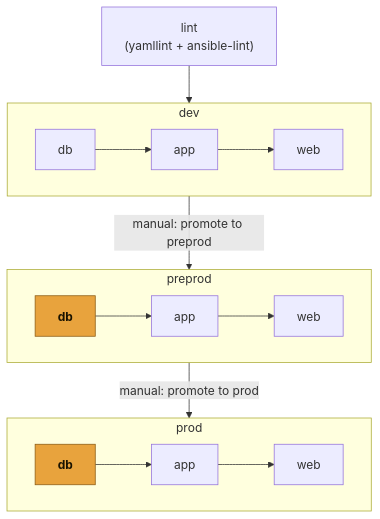
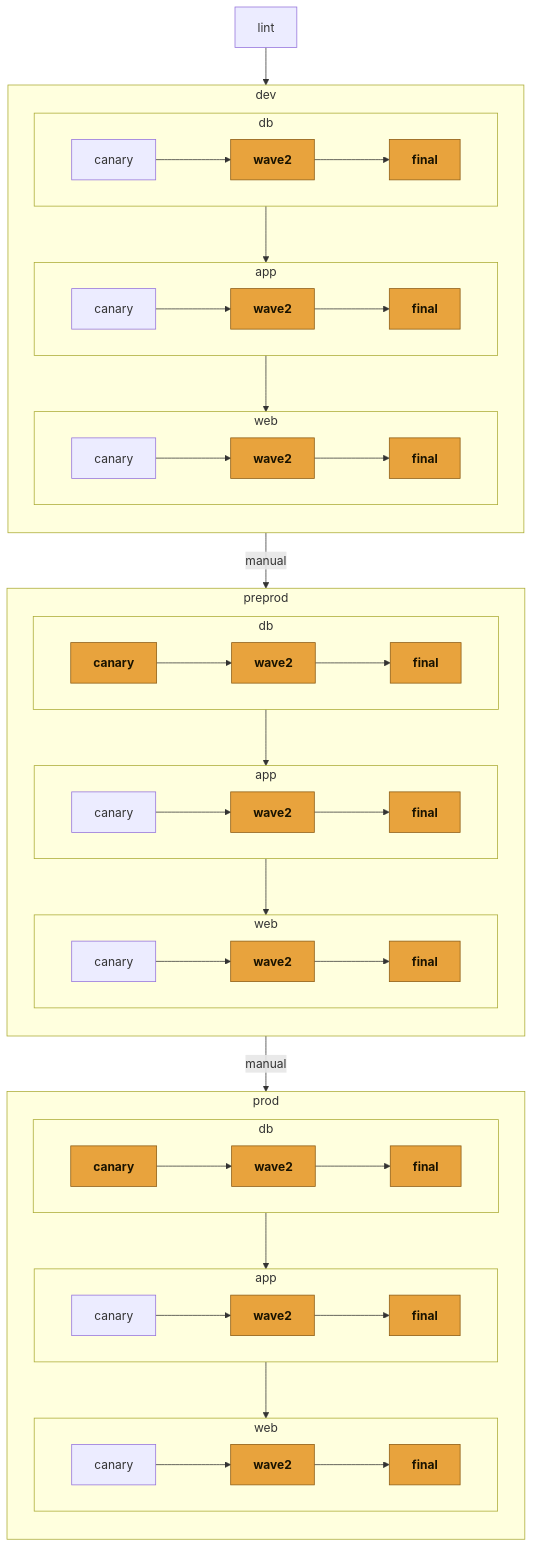
Before and after one commit to troydam/gitLab-roc: the diagram in docs/pipeline.md, drawn with Mermaid. The commit also changed other lines of this file, not shown here.

Commit message:
Combine pipeline diagrams into one blueprint, cut prose
Replace the two separate (env-flow / wave-pattern) Mermaid diagrams
with a single flowchart that nests each tier's canary/wave2/final
wave directly inside its env/tier subgraph, so tier ordering and wave
gating render as one connected picture instead of two disconnected
ones. Drop explanatory prose - the file is diagram-only now.

Claude-Session: https://claude.ai/code/session_0131BcyaQ6BfVyNSar6n8yi9

````diff
--- a/docs/pipeline.md
+++ b/docs/pipeline.md
@@ -11,26 +3,67 @@
 ```mermaid
 flowchart TD
-    lint["lint\n(yamllint + ansible-lint)"]
+    lint["lint"]
 
     subgraph DEV["dev"]
-        direction LR
-        devdb["db"] --> devapp["app"] --> devweb["web"]
+        direction TB
+        subgraph DEVDB["db"]
+            direction LR
+            devdb_c["canary"] --> devdb_w["wave2"] --> devdb_f["final"]
+        end
+        subgraph DEVAPP["app"]
+            direction LR
+            devapp_c["canary"] --> devapp_w["wave2"] --> devapp_f["final"]
+        end
+        subgraph DEVWEB["web"]
+            direction LR
+            devweb_c["canary"] --> devweb_w["wave2"] --> devweb_f["final"]
+        end
+        devdb_f --> devapp_c
+        devapp_f --> devweb_c
     end
 
     subgraph PREPROD["preprod"]
-        direction LR
-        ppdb["db"] --> ppapp["app"] --> ppweb["web"]
+        direction TB
+        subgraph PPDB["db"]
+            direction LR
+            ppdb_c["canary"] --> ppdb_w["wave2"] --> ppdb_f["final"]
+        end
+        subgraph PPAPP["app"]
+            direction LR
+            ppapp_c["canary"] --> ppapp_w["wave2"] --> ppapp_f["final"]
+        end
+        subgraph PPWEB["web"]
+            direction LR
+            ppweb_c["canary"] --> ppweb_w["wave2"] --> ppweb_f["final"]
+        end
+        ppdb_f --> ppapp_c
+        ppapp_f --> ppweb_c
     end
 
     subgraph PROD["prod"]
-        direction LR
-        proddb["db"] --> prodapp["app"] --> prodweb["web"]
+        direction TB
+        subgraph PRDB["db"]
+            direction LR
+            prdb_c["canary"] --> prdb_w["wave2"] --> prdb_f["final"]
+        end
+        subgraph PRAPP["app"]
+            direction LR
+            prapp_c["canary"] --> prapp_w["wave2"] --> prapp_f["final"]
+        end
+        subgraph PRWEB["web"]
+            direction LR
+            prweb_c["canary"] --> prweb_w["wave2"] --> prweb_f["final"]
+        end
+        prdb_f --> prapp_c
+        prapp_f --> prweb_c
     end
 
-    lint --> devdb
-    devweb -->|"manual: promote to preprod"| ppdb
-    ppweb -->|"manual: promote to prod"| proddb
+    lint --> devdb_c
+    devweb_f -->|"manual"| ppdb_c
+    ppweb_f -->|"manual"| prdb_c
 
-    classDef gate fill:#e8a33d,stroke:#8a5a12,color:#1a1300,font-weight:bold;
-    class ppdb,proddb gate
+    classDef manual fill:#e8a33d,stroke:#8a5a12,color:#1a1300,font-weight:bold;
+    class devdb_w,devdb_f,devapp_w,devapp_f,devweb_w,devweb_f manual
+    class ppdb_c,ppdb_w,ppdb_f,ppapp_w,ppapp_f,ppweb_w,ppweb_f manual
+    class prdb_c,prdb_w,prdb_f,prapp_w,prapp_f,prweb_w,prweb_f manual
 ```
````
